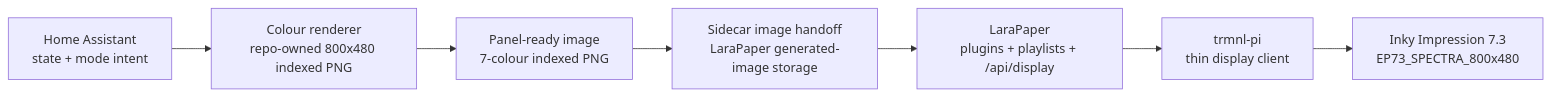
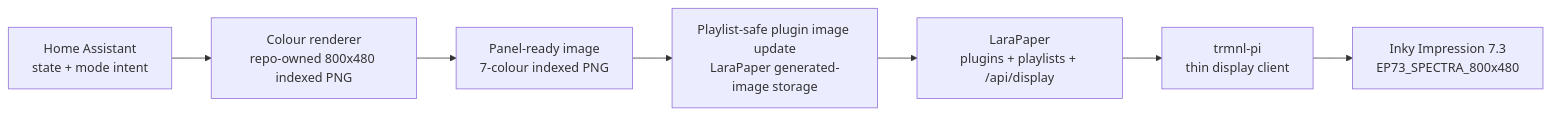
One commit to davedavedavenm/trmnl-display changed the diagram in docs/COLOUR_SIDECAR_PATH.md. Above: the diagram before and after it, drawn with Mermaid. The commit also changed other lines of this file and 10 other files, not shown here.

Commit message:
Make HA sidecar playlist safe

````diff
--- a/docs/COLOUR_SIDECAR_PATH.md
+++ b/docs/COLOUR_SIDECAR_PATH.md
@@ -79,9 +79,9 @@
 ```mermaid
 flowchart LR
   HA["Home Assistant\nstate + mode intent"] --> Renderer["Colour renderer\nrepo-owned 800x480 indexed PNG"]
   Renderer --> Image["Panel-ready image\n7-colour indexed PNG"]
-  Image --> Handoff["Sidecar image handoff\nLaraPaper generated-image storage"]
+  Image --> Handoff["Playlist-safe plugin image update\nLaraPaper generated-image storage"]
   Handoff --> LaraPaper["LaraPaper\nplugins + playlists + /api/display"]
   LaraPaper --> Pi["trmnl-pi\nthin display client"]
   Pi --> Panel["Inky Impression 7.3\nEP73_SPECTRA_800x480"]
 ```
````
